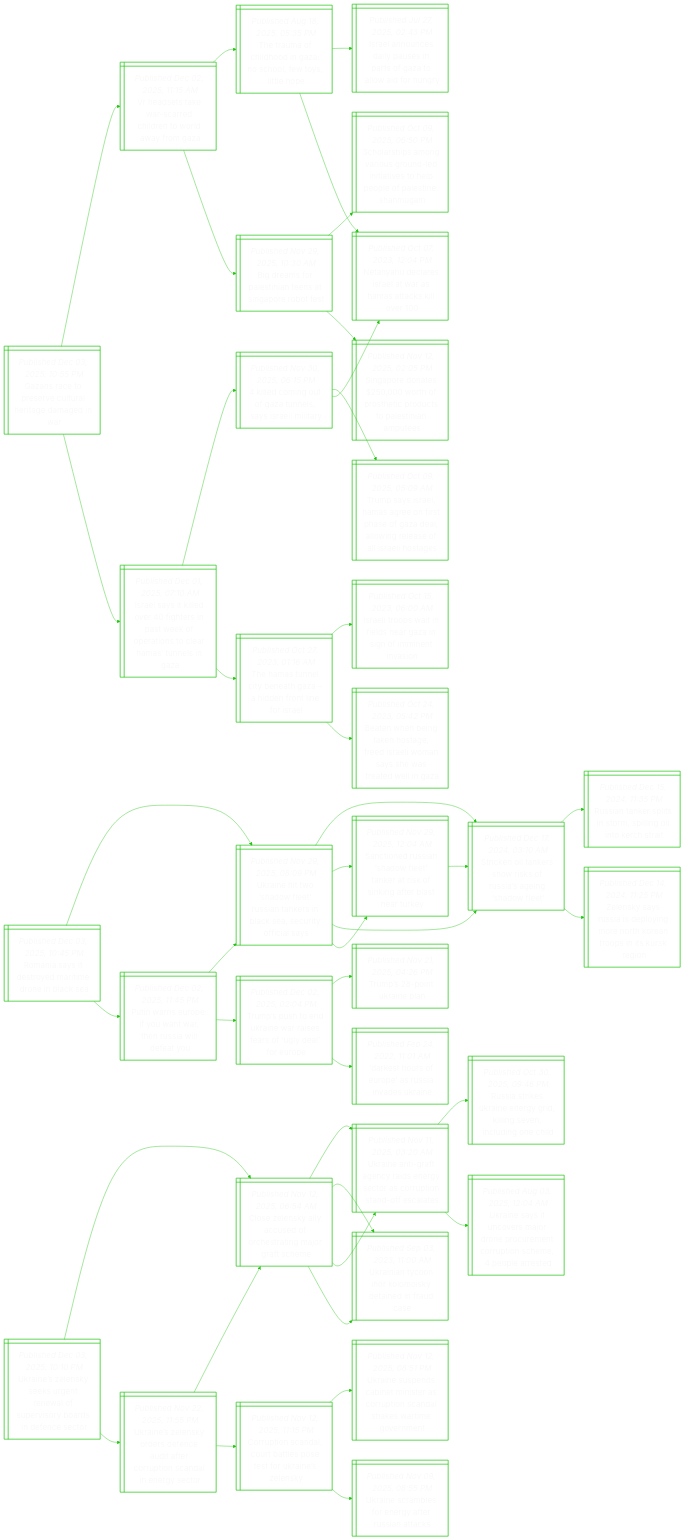
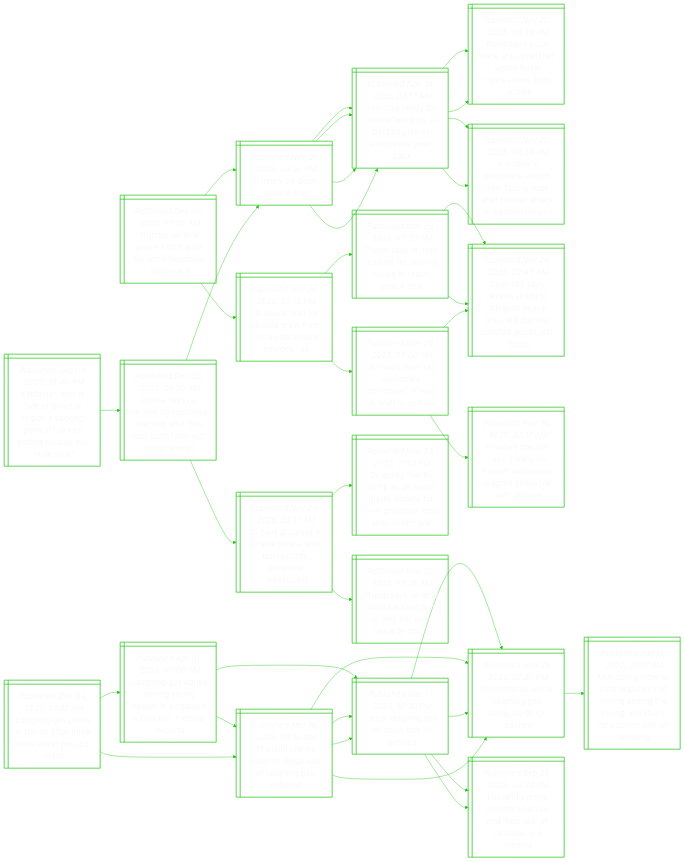
The diagram in README.md (notJmes/notJmes), drawn with Mermaid before and after one commit. The commit also changed other lines of this file, not shown here.

````diff
--- a/README.md
+++ b/README.md
@@ -16,133 +16,118 @@
 flowchart LR
 classDef txtsize font-size:20px;
 
-Gstscrregw@{ shape: win-pane, label: "_Published Dec 03, 2025, 10:55 PM_
-Gazans race to preserve cultural heritage damaged in war" }
-Vdtarheowoa@{ shape: win-pane, label: "_Published Dec 02, 2025, 11:15 AM_
-Vr headsets take war-scarred children to world away from gaza" }
-Tafdiahesle@{ shape: win-pane, label: "_Published Aug 18, 2025, 05:35 PM_
-The trauma of childhood in gaza: no school, few toys, little hope" }
-IludpsrGowog@{ shape: win-pane, label: "_Published Jul 27, 2025, 02:43 PM_
-Israel announces daily pauses in parts of gaza to allow aid for hungry" }
-NyeeawHakl@{ shape: win-pane, label: "_Published Oct 07, 2023, 12:04 PM_
-Netanyahu declares israel at war as hamas attacks kill over 100" }
-BeoeieSpoe@{ shape: win-pane, label: "_Published Nov 29, 2025, 10:30 AM_
-Big dreams for palestinian teens at singapore robot fest" }
-Sapnirliiopelnnm@{ shape: win-pane, label: "_Published Oct 09, 2025, 06:50 PM_
-Scholarships among various ground-led initiatives to help people of palestine: shanmugam" }
-Sposhotoslnme@{ shape: win-pane, label: "_Published Nov 12, 2025, 02:05 PM_
-Singapore donates $250,000 worth of prosthetic products to palestinian amputees" }
-Ililehitornlausz@{ shape: win-pane, label: "_Published Dec 01, 2025, 07:10 AM_
-Israel says it killed over 40 fighters in past week of operations to clear hamas’ tunnels in gaza" }
-kdnoaeyair@{ shape: win-pane, label: "_Published Nov 30, 2025, 06:15 PM_
-4 killed coming out of gaza tunnels, says israeli military" }
-TssHaossaaorslaoe@{ shape: win-pane, label: "_Published Oct 09, 2025, 05:09 AM_
-Trump says israel, hamas agree on first phase of gaza deal, allowing release of all israeli hostages" }
-NyeeawHakl@{ shape: win-pane, label: "_Published Oct 07, 2023, 12:04 PM_
-Netanyahu declares israel at war as hamas attacks kill over 100" }
-TmninGhntfr@{ shape: win-pane, label: "_Published Oct 27, 2023, 01:16 AM_
-The hamas tunnel city beneath gaza – a hidden front line for israel" }
-Iloiinasfnno@{ shape: win-pane, label: "_Published Oct 15, 2023, 06:00 AM_
-Israeli troops wait in fields near gaza in sign of imminent invasion" }
-Bnbthgeaoaerdia@{ shape: win-pane, label: "_Published Oct 24, 2023, 05:42 PM_
-Beaten when being taken hostage, freed israeli woman says she was treated well in gaza" }
-
-Gstscrregw:::txtsize --> Vdtarheowoa:::txtsize
-Vdtarheowoa:::txtsize --> Tafdiahesle:::txtsize
-Tafdiahesle:::txtsize --> IludpsrGowog:::txtsize
-Tafdiahesle:::txtsize --> NyeeawHakl:::txtsize
-Vdtarheowoa:::txtsize --> BeoeieSpoe:::txtsize
-BeoeieSpoe:::txtsize --> Sapnirliiopelnnm:::txtsize
-BeoeieSpoe:::txtsize --> Sposhotoslnme:::txtsize
-Gstscrregw:::txtsize --> Ililehitornlausz:::txtsize
-Ililehitornlausz:::txtsize --> kdnoaeyair:::txtsize
-kdnoaeyair:::txtsize --> TssHaossaaorslaoe:::txtsize
-kdnoaeyair:::txtsize --> NyeeawHakl:::txtsize
-Ililehitornlausz:::txtsize --> TmninGhntfr:::txtsize
-TmninGhntfr:::txtsize --> Iloiinasfnno:::txtsize
-TmninGhntfr:::txtsize --> Bnbthgeaoaerdia:::txtsize
-
-Risseidic@{ shape: win-pane, label: "_Published Dec 03, 2025, 10:45 PM_
-Romania says it destroyed maritime drone in black sea" }
-UntaluneBScyca@{ shape: win-pane, label: "_Published Nov 29, 2025, 08:09 PM_
-Ukraine hit two ‘shadow fleet’ russian tankers in black sea, security official says" }
-Skleokusnde@{ shape: win-pane, label: "_Published Dec 17, 2024, 03:10 AM_
-Stricken oil tankers show risks of russia’s ageing ‘shadow fleet’" }
-Raklnmliohi@{ shape: win-pane, label: "_Published Dec 15, 2024, 11:35 PM_
-Russian tanker splits in storm, spilling oil into kerch strait" }
-ZsysdyorrriKrn@{ shape: win-pane, label: "_Published Dec 14, 2024, 11:25 PM_
-Zelensky says russia is deploying more north korean troops in its kursk region" }
-SiRadentokfler@{ shape: win-pane, label: "_Published Nov 29, 2025, 12:04 AM_
-Sanctioned russian ‘shadow fleet’ tanker at risk of sinking after blast near turkey" }
-Skleokusnde@{ shape: win-pane, label: "_Published Dec 17, 2024, 03:10 AM_
-Stricken oil tankers show risks of russia’s ageing ‘shadow fleet’" }
-PwEeuwesleu@{ shape: win-pane, label: "_Published Dec 02, 2025, 11:45 PM_
-Putin warns europe: if you want war, then russia will defeat you" }
-UntaluneBScyca@{ shape: win-pane, label: "_Published Nov 29, 2025, 08:09 PM_
-Ukraine hit two ‘shadow fleet’ russian tankers in black sea, security official says" }
-Skleokusnde@{ shape: win-pane, label: "_Published Dec 17, 2024, 03:10 AM_
-Stricken oil tankers show risks of russia’s ageing ‘shadow fleet’" }
-SiRadentokfler@{ shape: win-pane, label: "_Published Nov 29, 2025, 12:04 AM_
-Sanctioned russian ‘shadow fleet’ tanker at risk of sinking after blast near turkey" }
-TstUnrssllu@{ shape: win-pane, label: "_Published Dec 02, 2025, 02:04 PM_
-Trump’s push to end ukraine war raises fears of ‘ugly deal’ for europe" }
+Tsiafeiotlo@{ shape: win-pane, label: "_Published Dec 04, 2025, 02:55 AM_
+Trump’s ukraine peace effort tests his unconventional diplomacy" }
 Tstia@{ shape: win-pane, label: "_Published Nov 21, 2025, 04:26 PM_
 Trump’s 28-point ukraine plan" }
-DsruasvUn@{ shape: win-pane, label: "_Published Feb 24, 2022, 11:01 AM_
-'darkest hours of europe' as russia invades ukraine" }
+Zsarskbdaosb@{ shape: win-pane, label: "_Published Nov 21, 2025, 03:17 AM_
+Zelensky ready for ‘honest’ work on us-backed plan as europeans push back" }
+EeucStooosfke@{ shape: win-pane, label: "_Published Nov 20, 2025, 06:38 PM_
+Europeans push back at us plan that would force concessions from ukraine" }
+Atdretahfunceni@{ shape: win-pane, label: "_Published Nov 20, 2025, 09:24 PM_
+A relative’s desperate search then fading hope after russian attack in western ukraine" }
+Zsarskbdaosb@{ shape: win-pane, label: "_Published Nov 21, 2025, 03:17 AM_
+Zelensky ready for ‘honest’ work on us-backed plan as europeans push back" }
+EeucStooosfke@{ shape: win-pane, label: "_Published Nov 20, 2025, 06:38 PM_
+Europeans push back at us plan that would force concessions from ukraine" }
+Atdretahfunceni@{ shape: win-pane, label: "_Published Nov 20, 2025, 09:24 PM_
+A relative’s desperate search then fading hope after russian attack in western ukraine" }
+Ucnkefunmos@{ shape: win-pane, label: "_Published Nov 26, 2025, 02:13 PM_
+Us peace plan for ukraine drew from russian document, sources say" }
+Tsodirisohe@{ shape: win-pane, label: "_Published Nov 26, 2025, 09:30 AM_
+Trump says no firm deadline for ukraine, russia to reach peace deal" }
+Zsyaeonaalusdthp@{ shape: win-pane, label: "_Published Nov 26, 2025, 02:45 AM_
+Zelensky says ukraine ready to advance peace plan, will discuss disputed points with trump" }
+Zsyaeonaalusdthp@{ shape: win-pane, label: "_Published Nov 26, 2025, 02:45 AM_
+Zelensky says ukraine ready to advance peace plan, will discuss disputed points with trump" }
+UnlyorpfStd@{ shape: win-pane, label: "_Published Nov 26, 2025, 05:08 AM_
+Ukraine’s zelensky welcomes ‘principles’ of new us draft to end war" }
+Zsyaeonaalusdthp@{ shape: win-pane, label: "_Published Nov 26, 2025, 02:45 AM_
+Zelensky says ukraine ready to advance peace plan, will discuss disputed points with trump" }
+Feryaoilnoeewke@{ shape: win-pane, label: "_Published Nov 26, 2025, 03:17 AM_
+France’s macron says ‘clearly no russian willingness to agree ceasefire’ with ukraine" }
 
-Risseidic:::txtsize --> UntaluneBScyca:::txtsize
-UntaluneBScyca:::txtsize --> Skleokusnde:::txtsize
-Skleokusnde:::txtsize --> Raklnmliohi:::txtsize
-Skleokusnde:::txtsize --> ZsysdyorrriKrn:::txtsize
-UntaluneBScyca:::txtsize --> SiRadentokfler:::txtsize
-SiRadentokfler:::txtsize --> Skleokusnde:::txtsize
-Risseidic:::txtsize --> PwEeuwesleu:::txtsize
-PwEeuwesleu:::txtsize --> UntaluneBScyca:::txtsize
-UntaluneBScyca:::txtsize --> Skleokusnde:::txtsize
-UntaluneBScyca:::txtsize --> SiRadentokfler:::txtsize
-PwEeuwesleu:::txtsize --> TstUnrssllu:::txtsize
-TstUnrssllu:::txtsize --> Tstia:::txtsize
-TstUnrssllu:::txtsize --> DsruasvUn:::txtsize
+Tsiafeiotlo:::txtsize --> Tstia:::txtsize
+Tstia:::txtsize --> Zsarskbdaosb:::txtsize
+Zsarskbdaosb:::txtsize --> EeucStooosfke:::txtsize
+Zsarskbdaosb:::txtsize --> Atdretahfunceni:::txtsize
+Tstia:::txtsize --> Zsarskbdaosb:::txtsize
+Zsarskbdaosb:::txtsize --> EeucStooosfke:::txtsize
+Zsarskbdaosb:::txtsize --> Atdretahfunceni:::txtsize
+Tsiafeiotlo:::txtsize --> Ucnkefunmos:::txtsize
+Ucnkefunmos:::txtsize --> Tsodirisohe:::txtsize
+Tsodirisohe:::txtsize --> Zsyaeonaalusdthp:::txtsize
+Tsodirisohe:::txtsize --> Zsyaeonaalusdthp:::txtsize
+Ucnkefunmos:::txtsize --> UnlyorpfStd:::txtsize
+UnlyorpfStd:::txtsize --> Zsyaeonaalusdthp:::txtsize
+UnlyorpfStd:::txtsize --> Feryaoilnoeewke:::txtsize
 
-Unlysnefrrrdct@{ shape: win-pane, label: "_Published Dec 03, 2025, 10:10 PM_
-Ukraine’s zelensky seeks urgent renewal of supervisory boards in defence sector" }
-CZslufetarc@{ shape: win-pane, label: "_Published Nov 12, 2025, 06:54 AM_
-Close zelensky ally accused of orchestrating major graft scheme" }
-Unitcdrcsundst@{ shape: win-pane, label: "_Published Nov 11, 2025, 03:20 AM_
-Ukraine anti-graft agency raids energy sector as corruption stand-off escalates" }
-Rakreyknelgh@{ shape: win-pane, label: "_Published Oct 30, 2025, 09:46 PM_
-Russia strikes ukraine energy grid, killing seven, including one child" }
-Unscsreunroeore@{ shape: win-pane, label: "_Published Aug 03, 2025, 12:04 AM_
-Ukraine says it uncovers major drone procurement corruption scheme, 4 people arrested" }
-UnyIoieera@{ shape: win-pane, label: "_Published Sep 03, 2023, 11:00 AM_
-Ukrainian tycoon ihor kolomoisky detained in fraud case" }
-Unlyreufotclee@{ shape: win-pane, label: "_Published Nov 22, 2025, 11:55 PM_
-Ukraine’s zelensky orders defence audit after corruption scandal in energy sector" }
-CZslufetarc@{ shape: win-pane, label: "_Published Nov 12, 2025, 06:54 AM_
-Close zelensky ally accused of orchestrating major graft scheme" }
-Unitcdrcsundst@{ shape: win-pane, label: "_Published Nov 11, 2025, 03:20 AM_
-Ukraine anti-graft agency raids energy sector as corruption stand-off escalates" }
-UnyIoieera@{ shape: win-pane, label: "_Published Sep 03, 2023, 11:00 AM_
-Ukrainian tycoon ihor kolomoisky detained in fraud case" }
-CpsartosUnly@{ shape: win-pane, label: "_Published Nov 12, 2025, 11:15 PM_
-Corruption scandal, court battles pose test for ukraine’s zelensky" }
-UnpCeiaronhwmen@{ shape: win-pane, label: "_Published Nov 12, 2025, 08:51 PM_
-Ukraine suspends cabinet minister as corruption scandal shakes wartime government" }
-UnasnaRaa@{ shape: win-pane, label: "_Published Nov 09, 2025, 08:55 PM_
-Ukraine scrambles for energy after russian attacks" }
+EihaDsitnnannsake@{ shape: win-pane, label: "_Published Dec 04, 2025, 01:40 AM_
+Explainer: why is fate of donetsk region a sticking point in talks on ending russia’s war in ukraine?" }
+Ranaomedrhuaiuv@{ shape: win-pane, label: "_Published Dec 03, 2025, 05:20 AM_
+Russia says no ukraine compromise reached after five-hour putin talks with trump envoys" }
+Tstia@{ shape: win-pane, label: "_Published Nov 21, 2025, 04:26 PM_
+Trump’s 28-point ukraine plan" }
+Zsarskbdaosb@{ shape: win-pane, label: "_Published Nov 21, 2025, 03:17 AM_
+Zelensky ready for ‘honest’ work on us-backed plan as europeans push back" }
+Zsarskbdaosb@{ shape: win-pane, label: "_Published Nov 21, 2025, 03:17 AM_
+Zelensky ready for ‘honest’ work on us-backed plan as europeans push back" }
+Ulgiaeauuqinl@{ shape: win-pane, label: "_Published Nov 24, 2025, 02:17 AM_
+Us hails progress in ukraine peace talks but security questions unresolved" }
+ZsarsalUnzruikn@{ shape: win-pane, label: "_Published Nov 23, 2025, 11:53 PM_
+Zelensky thanks trump as us leader blasts ukraine for ‘zero gratitude’ amid talks to end war" }
+Tskeleanwub@{ shape: win-pane, label: "_Published Nov 22, 2025, 04:26 AM_
+Trump says ukraine should accept plan to end war with russia by nov 27" }
 
-Unlysnefrrrdct:::txtsize --> CZslufetarc:::txtsize
-CZslufetarc:::txtsize --> Unitcdrcsundst:::txtsize
-Unitcdrcsundst:::txtsize --> Rakreyknelgh:::txtsize
-Unitcdrcsundst:::txtsize --> Unscsreunroeore:::txtsize
-CZslufetarc:::txtsize --> UnyIoieera:::txtsize
-Unlysnefrrrdct:::txtsize --> Unlyreufotclee:::txtsize
-Unlyreufotclee:::txtsize --> CZslufetarc:::txtsize
-CZslufetarc:::txtsize --> Unitcdrcsundst:::txtsize
-CZslufetarc:::txtsize --> UnyIoieera:::txtsize
-Unlyreufotclee:::txtsize --> CpsartosUnly:::txtsize
-CpsartosUnly:::txtsize --> UnpCeiaronhwmen:::txtsize
-CpsartosUnly:::txtsize --> UnasnaRaa:::txtsize
+EihaDsitnnannsake:::txtsize --> Ranaomedrhuaiuv:::txtsize
+Ranaomedrhuaiuv:::txtsize --> Tstia:::txtsize
+Tstia:::txtsize --> Zsarskbdaosb:::txtsize
+Tstia:::txtsize --> Zsarskbdaosb:::txtsize
+Ranaomedrhuaiuv:::txtsize --> Ulgiaeauuqinl:::txtsize
+Ulgiaeauuqinl:::txtsize --> ZsarsalUnzruikn:::txtsize
+Ulgiaeauuqinl:::txtsize --> Tskeleanwub:::txtsize
+
+Liseafheiorh@{ shape: win-pane, label: "_Published Dec 04, 2025, 01:07 AM_
+Laughing gas probe in france after three teens die in pool car crash" }
+Liseggliooncp@{ shape: win-pane, label: "_Published Apr 01, 2025, 05:00 AM_
+Laughing gas abuse among young people in singapore a concern: medical experts" }
+IaggoaPy@{ shape: win-pane, label: "_Published Dec 11, 2023, 10:30 PM_
+Illegal laughing gas on open sale in pattaya" }
+RaaoggsUsc@{ shape: win-pane, label: "_Published Nov 21, 2022, 07:20 PM_
+Recreational use of 'laughing gas' rising: eu drugs agency" }
+Tariesducbms@{ shape: win-pane, label: "_Published Sep 21, 2023, 04:42 PM_
+Thailand’s prime minister vows to end ‘free use’ of cannabis in 6 months" }
+Taaoiaeugan@{ shape: win-pane, label: "_Published Mar 18, 2025, 08:10 AM_
+Thailand cracks down on illegal sale of laughing gas balloons" }
+IaggoaPy@{ shape: win-pane, label: "_Published Dec 11, 2023, 10:30 PM_
+Illegal laughing gas on open sale in pattaya" }
+RaaoggsUsc@{ shape: win-pane, label: "_Published Nov 21, 2022, 07:20 PM_
+Recreational use of 'laughing gas' rising: eu drugs agency" }
+Taaoiaeugan@{ shape: win-pane, label: "_Published Mar 18, 2025, 08:10 AM_
+Thailand cracks down on illegal sale of laughing gas balloons" }
+IaggoaPy@{ shape: win-pane, label: "_Published Dec 11, 2023, 10:30 PM_
+Illegal laughing gas on open sale in pattaya" }
+RaaoggsUsc@{ shape: win-pane, label: "_Published Nov 21, 2022, 07:20 PM_
+Recreational use of 'laughing gas' rising: eu drugs agency" }
+Tariesducbms@{ shape: win-pane, label: "_Published Sep 21, 2023, 04:42 PM_
+Thailand’s prime minister vows to end ‘free use’ of cannabis in 6 months" }
+RaaoggsUsc@{ shape: win-pane, label: "_Published Nov 21, 2022, 07:20 PM_
+Recreational use of 'laughing gas' rising: eu drugs agency" }
+Mirupivggoiusrok@{ shape: win-pane, label: "_Published Jan 11, 2022, 01:57 PM_
+Moh doing more to curb popularity of vaping among the young, will study nz's cohort ban on smoking" }
+
+Liseafheiorh:::txtsize --> Liseggliooncp:::txtsize
+Liseggliooncp:::txtsize --> IaggoaPy:::txtsize
+IaggoaPy:::txtsize --> RaaoggsUsc:::txtsize
+IaggoaPy:::txtsize --> Tariesducbms:::txtsize
+Liseggliooncp:::txtsize --> Taaoiaeugan:::txtsize
+Taaoiaeugan:::txtsize --> IaggoaPy:::txtsize
+Taaoiaeugan:::txtsize --> RaaoggsUsc:::txtsize
+Liseafheiorh:::txtsize --> Taaoiaeugan:::txtsize
+Taaoiaeugan:::txtsize --> IaggoaPy:::txtsize
+IaggoaPy:::txtsize --> RaaoggsUsc:::txtsize
+IaggoaPy:::txtsize --> Tariesducbms:::txtsize
+Taaoiaeugan:::txtsize --> RaaoggsUsc:::txtsize
+RaaoggsUsc:::txtsize --> Mirupivggoiusrok:::txtsize
 
 ```
````
